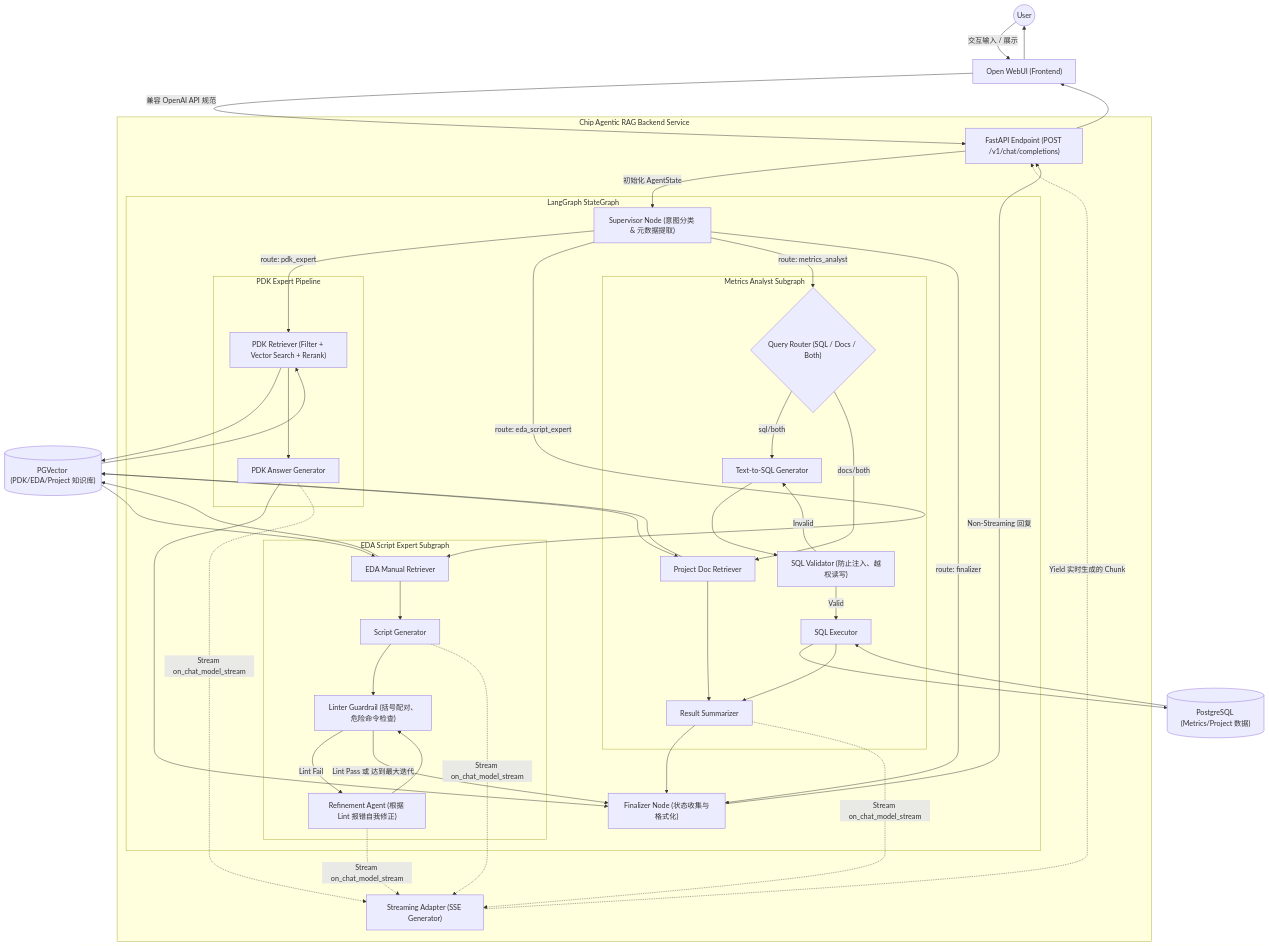
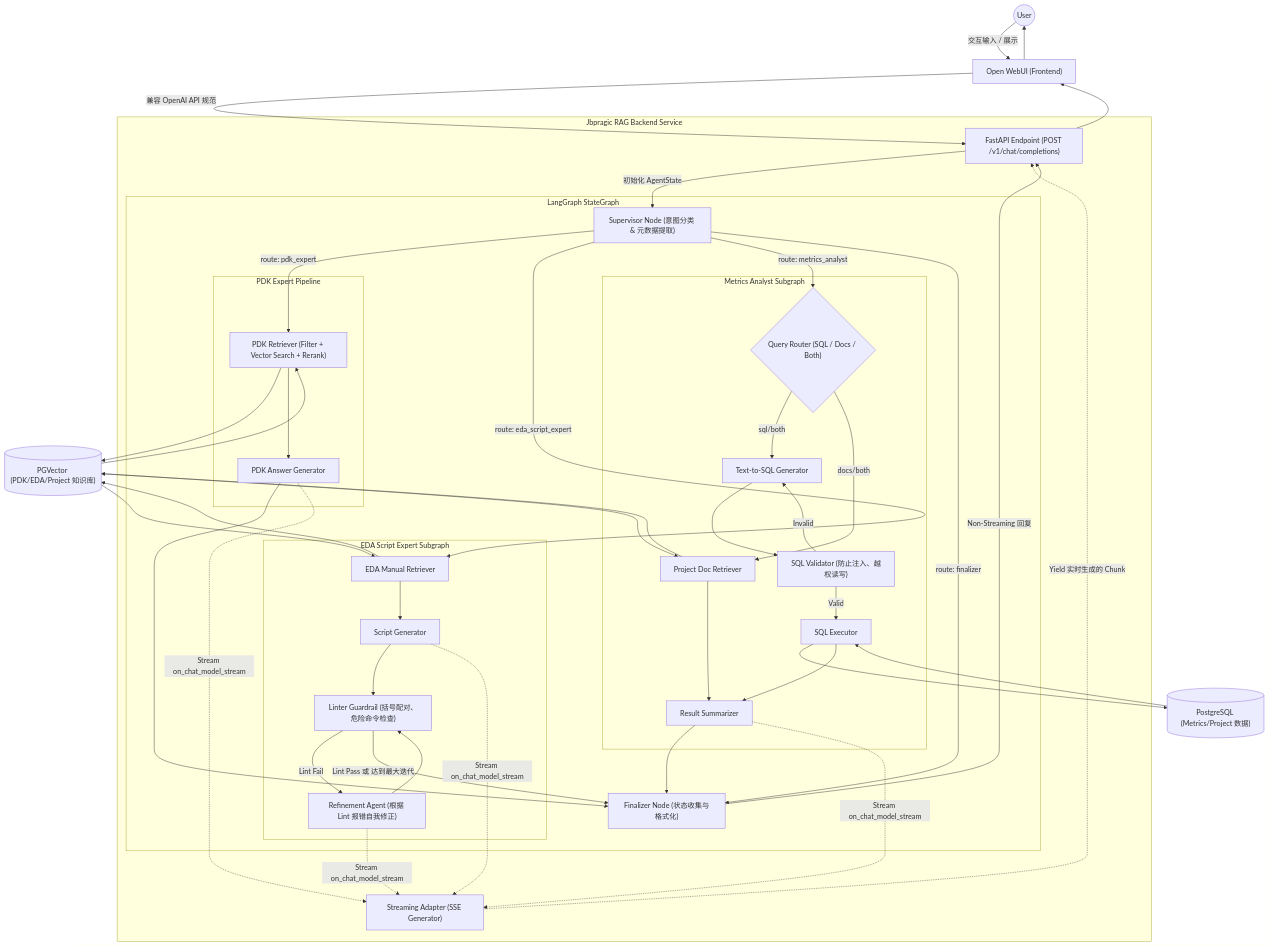
The diagram in docs/superpowers/specs/2026-06-11-chip-agent-workflow.md (daydayupward/open-webui), drawn with Mermaid before and after one commit. The commit also changed other lines of this file and 198 other files, not shown here.

Commit message:
feat(rag): implement agentic self-rag, RAG admin panel, and joint code review

```diff
--- a/docs/superpowers/specs/2026-06-11-chip-agent-workflow.md
+++ b/docs/superpowers/specs/2026-06-11-chip-agent-workflow.md
@@ -14,7 +14,7 @@
     OWUI --> User
     
     %% -- 边界与接口层 --
-    subgraph Backend [Chip Agentic RAG Backend Service]
+    subgraph Backend [Jbpragic RAG Backend Service]
         API["FastAPI Endpoint (POST /v1/chat/completions)"]
         StreamAdapter["Streaming Adapter (SSE Generator)"]
         
```
